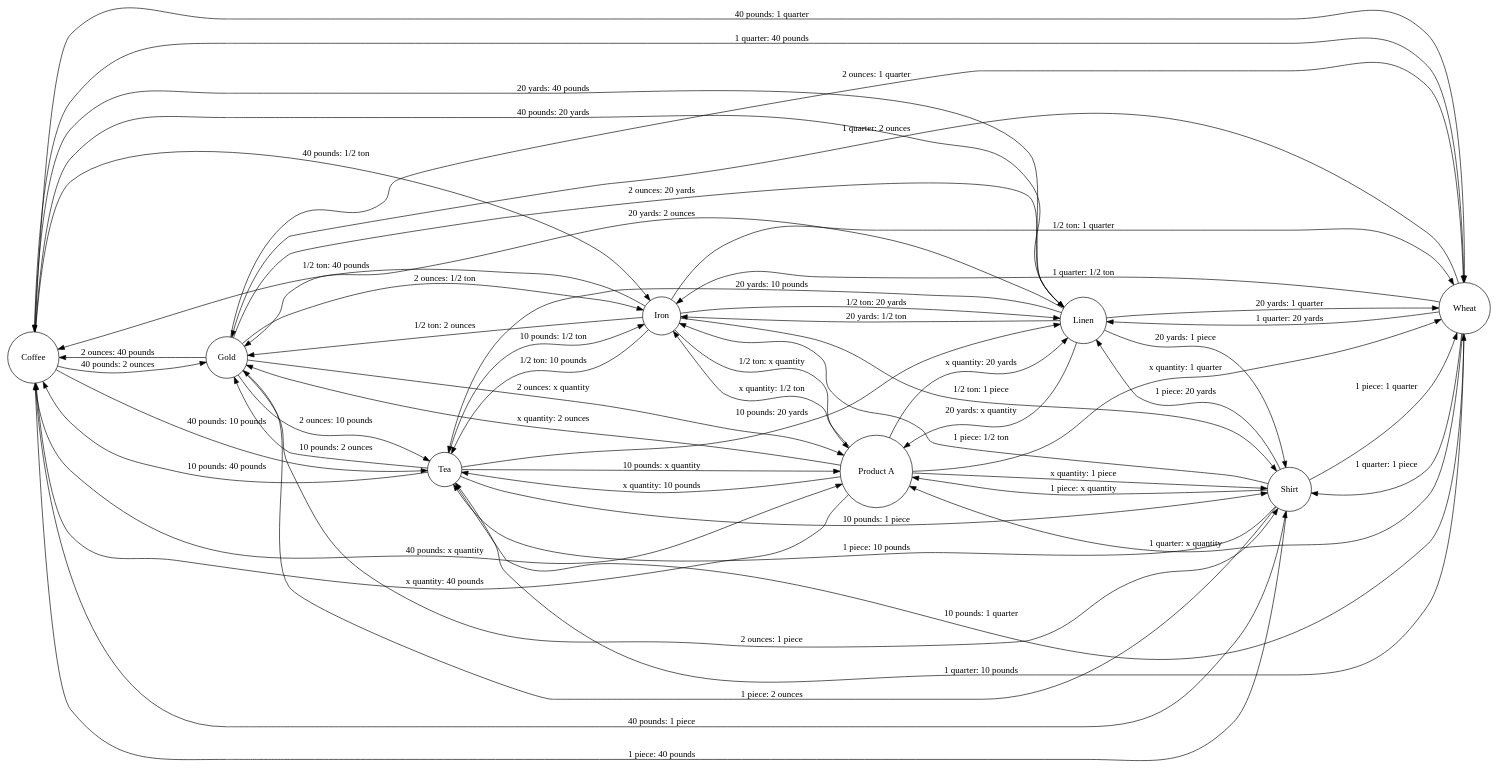
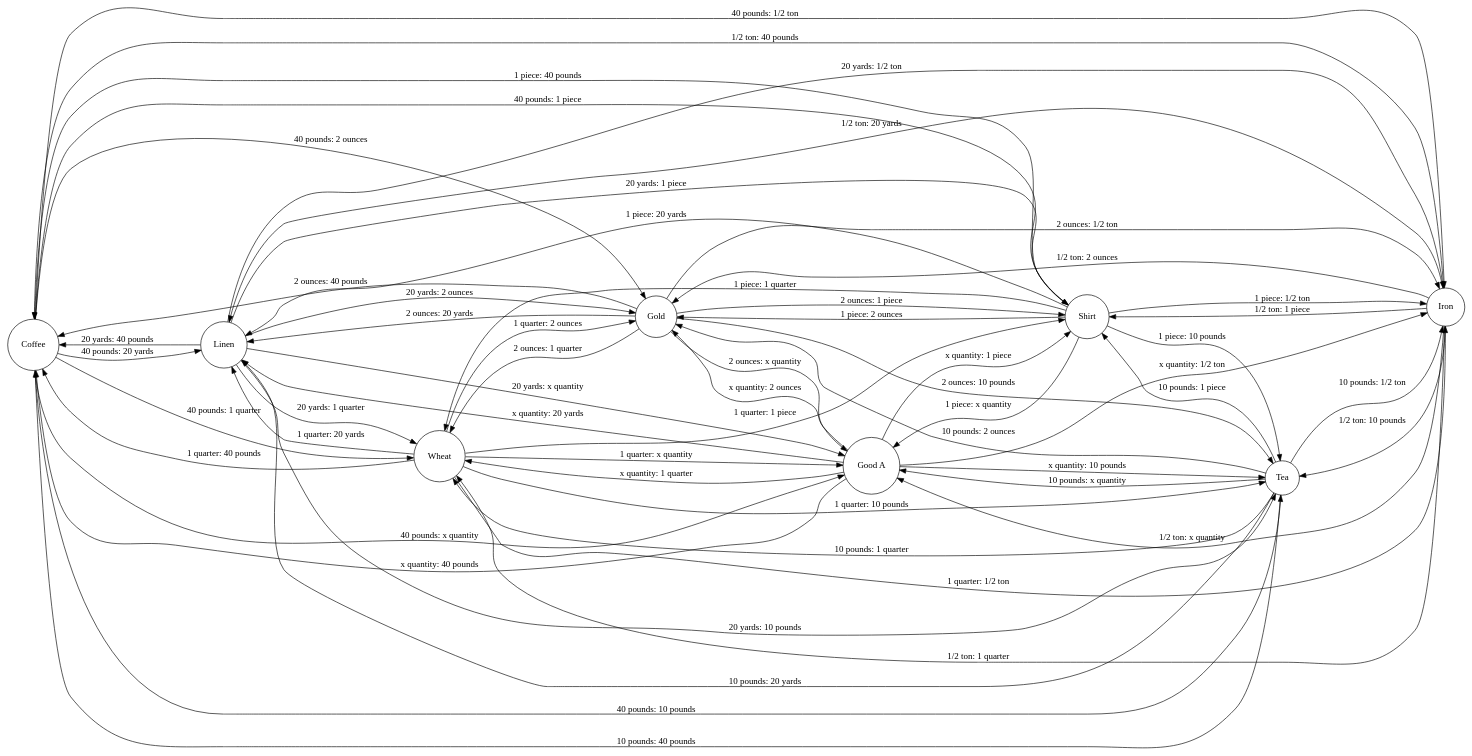
Before and after one commit to Wangsutan/Kapital: the diagram in 资本的生产过程/价值形式理论/价值形式/datas_graphs_generated/money.toml_complete.dot, drawn with Graphviz. The commit also changed 360 other files, not shown here.

```diff
--- a/资本的生产过程/价值形式理论/价值形式/datas_graphs_generated/money.toml_complete.dot
+++ b/资本的生产过程/价值形式理论/价值形式/datas_graphs_generated/money.toml_complete.dot
@@ -1,60 +1,60 @@
 digraph 价值形式理论 {
     rankdir=LR;
     node [shape=circle];
+    "Coffee" -> "Linen" [label="40 pounds: 20 yards"];
+    "Coffee" -> "Iron" [label="40 pounds: 1/2 ton"];
+    "Coffee" -> "Tea" [label="40 pounds: 10 pounds"];
+    "Coffee" -> "Shirt" [label="40 pounds: 1 piece"];
+    "Coffee" -> "Good A" [label="40 pounds: x quantity"];
     "Coffee" -> "Gold" [label="40 pounds: 2 ounces"];
     "Coffee" -> "Wheat" [label="40 pounds: 1 quarter"];
-    "Coffee" -> "Shirt" [label="40 pounds: 1 piece"];
-    "Coffee" -> "Linen" [label="40 pounds: 20 yards"];
-    "Coffee" -> "Product A" [label="40 pounds: x quantity"];
-    "Coffee" -> "Iron" [label="40 pounds: 1/2 ton"];
-    "Coffee" -> "Tea" [label="40 pounds: 10 pounds"];
+    "Gold" -> "Linen" [label="2 ounces: 20 yards"];
+    "Gold" -> "Iron" [label="2 ounces: 1/2 ton"];
+    "Gold" -> "Tea" [label="2 ounces: 10 pounds"];
+    "Gold" -> "Shirt" [label="2 ounces: 1 piece"];
+    "Gold" -> "Good A" [label="2 ounces: x quantity"];
     "Gold" -> "Wheat" [label="2 ounces: 1 quarter"];
-    "Gold" -> "Shirt" [label="2 ounces: 1 piece"];
-    "Gold" -> "Linen" [label="2 ounces: 20 yards"];
-    "Gold" -> "Product A" [label="2 ounces: x quantity"];
-    "Gold" -> "Iron" [label="2 ounces: 1/2 ton"];
     "Gold" -> "Coffee" [label="2 ounces: 40 pounds"];
-    "Gold" -> "Tea" [label="2 ounces: 10 pounds"];
+    "Good A" -> "Linen" [label="x quantity: 20 yards"];
+    "Good A" -> "Iron" [label="x quantity: 1/2 ton"];
+    "Good A" -> "Tea" [label="x quantity: 10 pounds"];
+    "Good A" -> "Shirt" [label="x quantity: 1 piece"];
+    "Good A" -> "Gold" [label="x quantity: 2 ounces"];
+    "Good A" -> "Wheat" [label="x quantity: 1 quarter"];
+    "Good A" -> "Coffee" [label="x quantity: 40 pounds"];
+    "Iron" -> "Linen" [label="1/2 ton: 20 yards"];
+    "Iron" -> "Tea" [label="1/2 ton: 10 pounds"];
+    "Iron" -> "Shirt" [label="1/2 ton: 1 piece"];
+    "Iron" -> "Good A" [label="1/2 ton: x quantity"];
     "Iron" -> "Gold" [label="1/2 ton: 2 ounces"];
     "Iron" -> "Wheat" [label="1/2 ton: 1 quarter"];
-    "Iron" -> "Shirt" [label="1/2 ton: 1 piece"];
-    "Iron" -> "Linen" [label="1/2 ton: 20 yards"];
-    "Iron" -> "Product A" [label="1/2 ton: x quantity"];
     "Iron" -> "Coffee" [label="1/2 ton: 40 pounds"];
-    "Iron" -> "Tea" [label="1/2 ton: 10 pounds"];
+    "Linen" -> "Iron" [label="20 yards: 1/2 ton"];
+    "Linen" -> "Tea" [label="20 yards: 10 pounds"];
+    "Linen" -> "Shirt" [label="20 yards: 1 piece"];
+    "Linen" -> "Good A" [label="20 yards: x quantity"];
     "Linen" -> "Gold" [label="20 yards: 2 ounces"];
     "Linen" -> "Wheat" [label="20 yards: 1 quarter"];
-    "Linen" -> "Shirt" [label="20 yards: 1 piece"];
-    "Linen" -> "Product A" [label="20 yards: x quantity"];
-    "Linen" -> "Iron" [label="20 yards: 1/2 ton"];
     "Linen" -> "Coffee" [label="20 yards: 40 pounds"];
-    "Linen" -> "Tea" [label="20 yards: 10 pounds"];
-    "Product A" -> "Gold" [label="x quantity: 2 ounces"];
-    "Product A" -> "Wheat" [label="x quantity: 1 quarter"];
-    "Product A" -> "Shirt" [label="x quantity: 1 piece"];
-    "Product A" -> "Linen" [label="x quantity: 20 yards"];
-    "Product A" -> "Iron" [label="x quantity: 1/2 ton"];
-    "Product A" -> "Coffee" [label="x quantity: 40 pounds"];
-    "Product A" -> "Tea" [label="x quantity: 10 pounds"];
+    "Shirt" -> "Linen" [label="1 piece: 20 yards"];
+    "Shirt" -> "Iron" [label="1 piece: 1/2 ton"];
+    "Shirt" -> "Tea" [label="1 piece: 10 pounds"];
+    "Shirt" -> "Good A" [label="1 piece: x quantity"];
     "Shirt" -> "Gold" [label="1 piece: 2 ounces"];
     "Shirt" -> "Wheat" [label="1 piece: 1 quarter"];
-    "Shirt" -> "Linen" [label="1 piece: 20 yards"];
-    "Shirt" -> "Product A" [label="1 piece: x quantity"];
-    "Shirt" -> "Iron" [label="1 piece: 1/2 ton"];
     "Shirt" -> "Coffee" [label="1 piece: 40 pounds"];
-    "Shirt" -> "Tea" [label="1 piece: 10 pounds"];
+    "Tea" -> "Linen" [label="10 pounds: 20 yards"];
+    "Tea" -> "Iron" [label="10 pounds: 1/2 ton"];
+    "Tea" -> "Shirt" [label="10 pounds: 1 piece"];
+    "Tea" -> "Good A" [label="10 pounds: x quantity"];
     "Tea" -> "Gold" [label="10 pounds: 2 ounces"];
     "Tea" -> "Wheat" [label="10 pounds: 1 quarter"];
-    "Tea" -> "Shirt" [label="10 pounds: 1 piece"];
-    "Tea" -> "Linen" [label="10 pounds: 20 yards"];
-    "Tea" -> "Product A" [label="10 pounds: x quantity"];
-    "Tea" -> "Iron" [label="10 pounds: 1/2 ton"];
     "Tea" -> "Coffee" [label="10 pounds: 40 pounds"];
+    "Wheat" -> "Linen" [label="1 quarter: 20 yards"];
+    "Wheat" -> "Iron" [label="1 quarter: 1/2 ton"];
+    "Wheat" -> "Tea" [label="1 quarter: 10 pounds"];
+    "Wheat" -> "Shirt" [label="1 quarter: 1 piece"];
+    "Wheat" -> "Good A" [label="1 quarter: x quantity"];
     "Wheat" -> "Gold" [label="1 quarter: 2 ounces"];
-    "Wheat" -> "Shirt" [label="1 quarter: 1 piece"];
-    "Wheat" -> "Linen" [label="1 quarter: 20 yards"];
-    "Wheat" -> "Product A" [label="1 quarter: x quantity"];
-    "Wheat" -> "Iron" [label="1 quarter: 1/2 ton"];
     "Wheat" -> "Coffee" [label="1 quarter: 40 pounds"];
-    "Wheat" -> "Tea" [label="1 quarter: 10 pounds"];
 }
```
